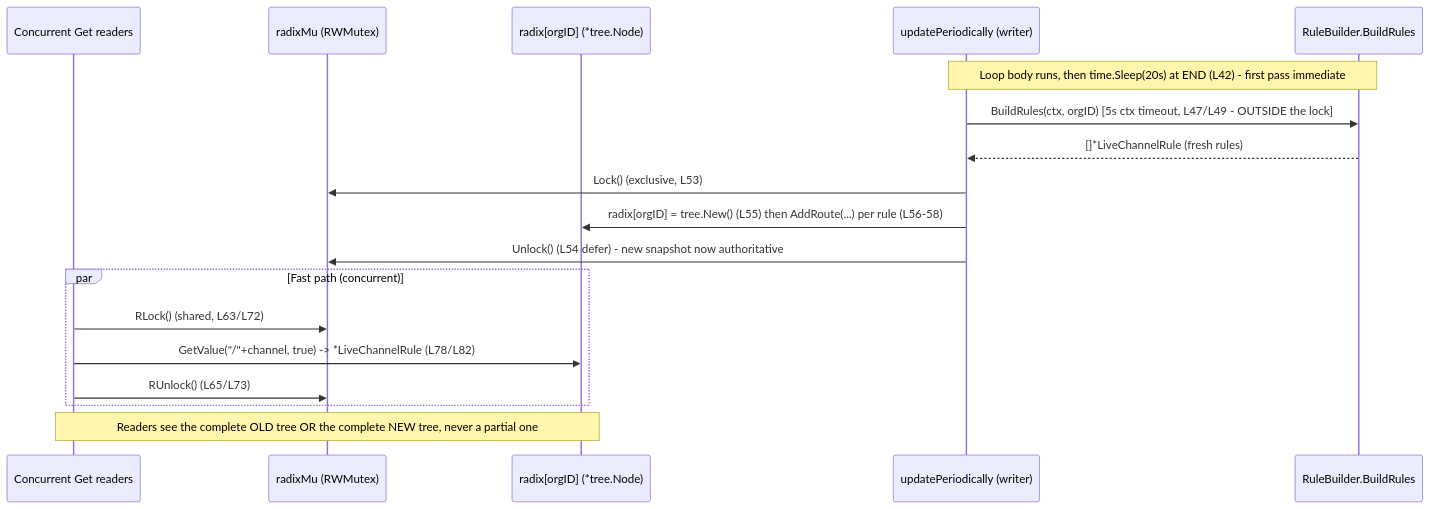
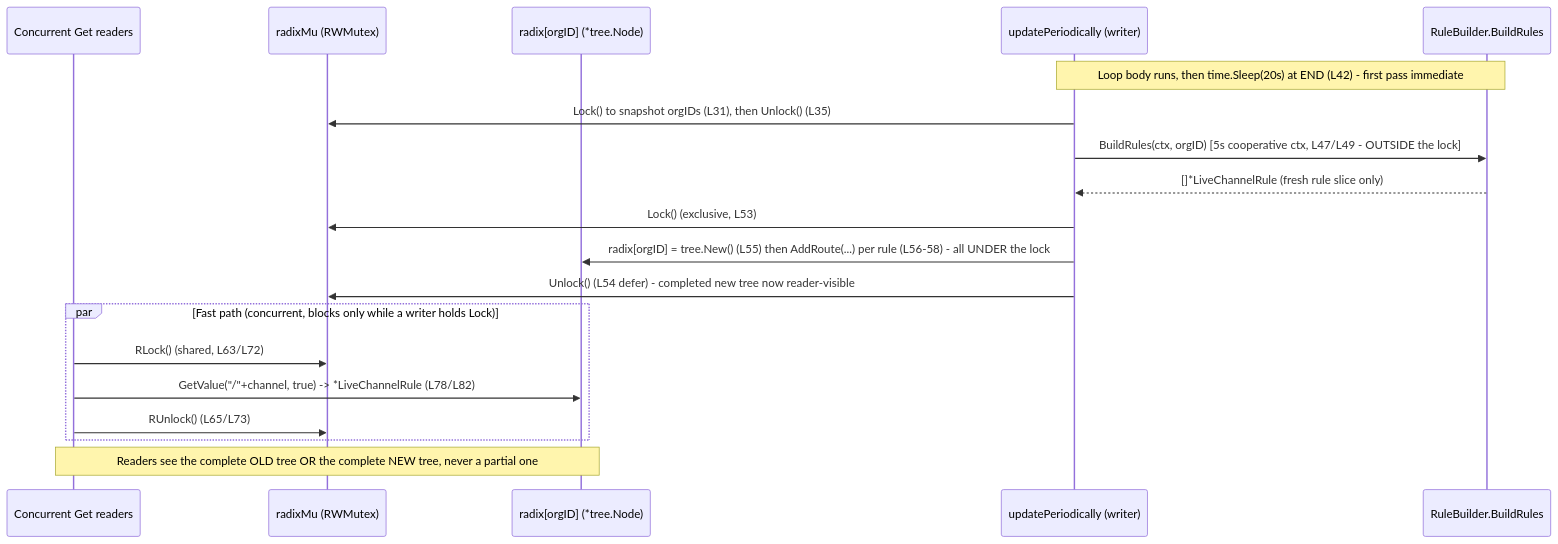
One commit to blitzy-research/grafana changed the diagram in blitzy/documentation/grafana_4550cfb5b728.md. Above: the diagram before and after it, drawn with Mermaid. The commit also changed other lines of this file, not shown here.

````diff
--- a/blitzy/documentation/grafana_4550cfb5b728.md
+++ b/blitzy/documentation/grafana_4550cfb5b728.md
@@ -480,21 +886,22 @@
 ```mermaid
 sequenceDiagram
     participant R as Concurrent Get readers
     participant M as radixMu (RWMutex)
     participant T as radix[orgID] (*tree.Node)
     participant W as updatePeriodically (writer)
     participant B as RuleBuilder.BuildRules
 
     Note over W,B: Loop body runs, then time.Sleep(20s) at END (L42) - first pass immediate
-    W->>B: BuildRules(ctx, orgID) [5s ctx timeout, L47/L49 - OUTSIDE the lock]
-    B-->>W: []*LiveChannelRule (fresh rules)
+    W->>M: Lock() to snapshot orgIDs (L31), then Unlock() (L35)
+    W->>B: BuildRules(ctx, orgID) [5s cooperative ctx, L47/L49 - OUTSIDE the lock]
+    B-->>W: []*LiveChannelRule (fresh rule slice only)
     W->>M: Lock() (exclusive, L53)
-    W->>T: radix[orgID] = tree.New() (L55) then AddRoute(...) per rule (L56-58)
-    W->>M: Unlock() (L54 defer) - new snapshot now authoritative
-    par Fast path (concurrent)
+    W->>T: radix[orgID] = tree.New() (L55) then AddRoute(...) per rule (L56-58) - all UNDER the lock
+    W->>M: Unlock() (L54 defer) - completed new tree now reader-visible
+    par Fast path (concurrent, blocks only while a writer holds Lock)
         R->>M: RLock() (shared, L63/L72)
         R->>T: GetValue("/"+channel, true) -> *LiveChannelRule (L78/L82)
         R->>M: RUnlock() (L65/L73)
     end
     Note over R,T: Readers see the complete OLD tree OR the complete NEW tree, never a partial one
 ```
````
